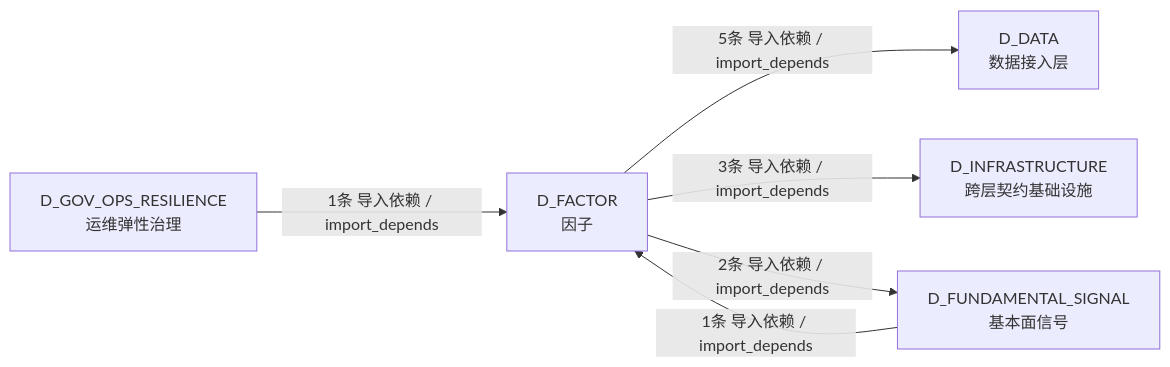
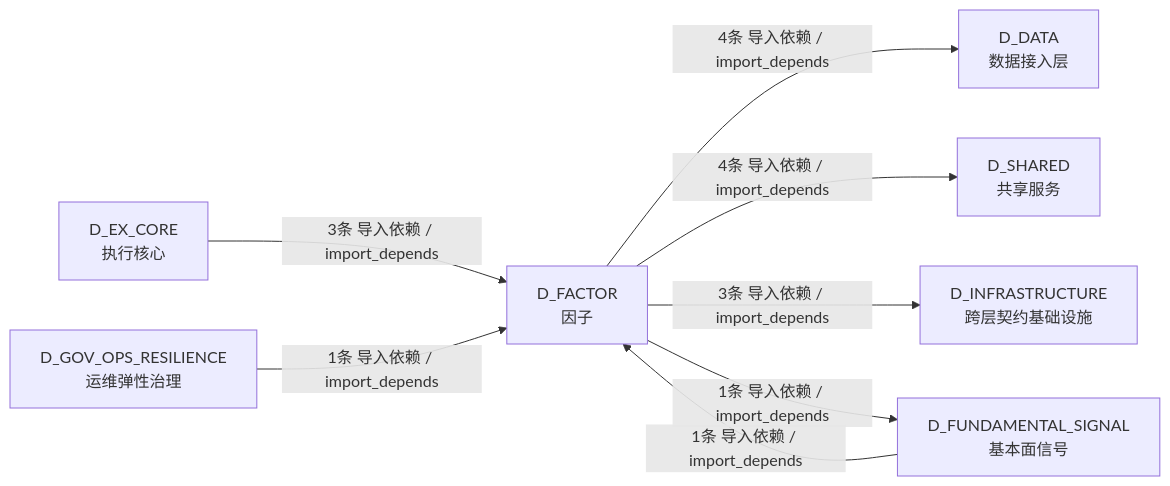
The fifth of 5 diagrams in docs/02_enterprise_architecture/02_domain_architecture_docs/46_d_factor.md (xuanFelixVan/ZephyrAlpha), drawn with Mermaid before and after one commit. The commit also changed other lines of this file and 79 other files, not shown here.

````diff
--- a/docs/02_enterprise_architecture/02_domain_architecture_docs/46_d_factor.md
+++ b/docs/02_enterprise_architecture/02_domain_architecture_docs/46_d_factor.md
@@ -228,13 +437,17 @@
 ```mermaid
 graph LR
     D_FACTOR["D_FACTOR<br/>因子"]
     D_DATA["D_DATA<br/>数据接入层"]
+    D_SHARED["D_SHARED<br/>共享服务"]
     D_INFRASTRUCTURE["D_INFRASTRUCTURE<br/>跨层契约基础设施"]
     D_FUNDAMENTAL_SIGNAL["D_FUNDAMENTAL_SIGNAL<br/>基本面信号"]
+    D_EX_CORE["D_EX_CORE<br/>执行核心"]
     D_GOV_OPS_RESILIENCE["D_GOV_OPS_RESILIENCE<br/>运维弹性治理"]
-    D_FACTOR -->|5条 导入依赖 / import_depends| D_DATA
+    D_FACTOR -->|4条 导入依赖 / import_depends| D_DATA
+    D_FACTOR -->|4条 导入依赖 / import_depends| D_SHARED
     D_FACTOR -->|3条 导入依赖 / import_depends| D_INFRASTRUCTURE
-    D_FACTOR -->|2条 导入依赖 / import_depends| D_FUNDAMENTAL_SIGNAL
+    D_FACTOR -->|1条 导入依赖 / import_depends| D_FUNDAMENTAL_SIGNAL
+    D_EX_CORE -->|3条 导入依赖 / import_depends| D_FACTOR
     D_FUNDAMENTAL_SIGNAL -->|1条 导入依赖 / import_depends| D_FACTOR
     D_GOV_OPS_RESILIENCE -->|1条 导入依赖 / import_depends| D_FACTOR
 ```
````
